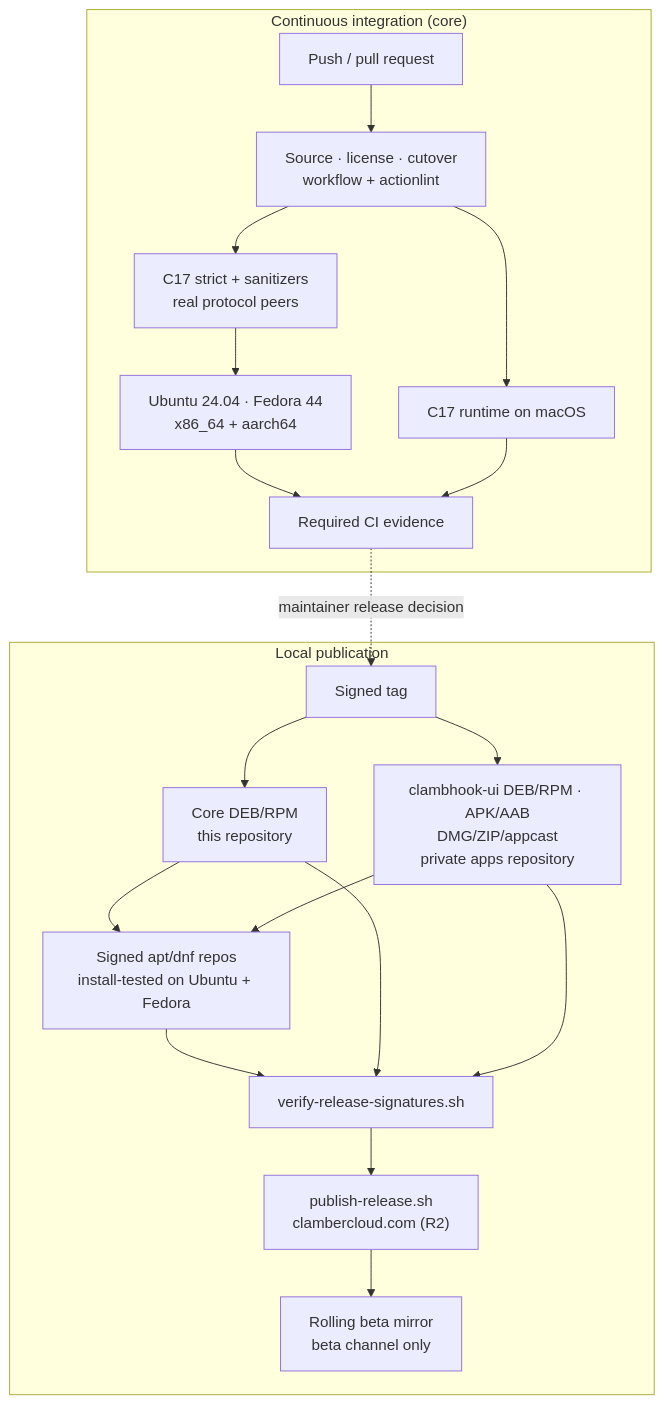
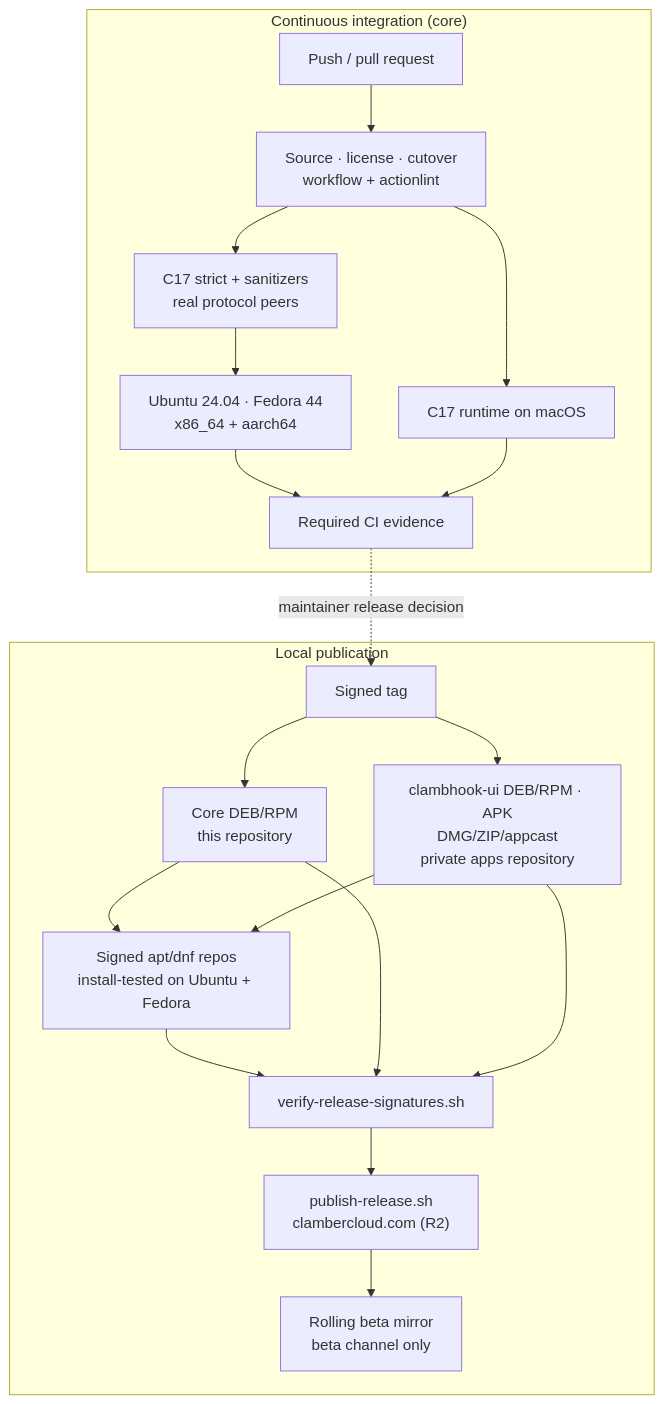
The diagram in docs/github-cicd.md (JohnThre/clambhook), drawn with Mermaid before and after one commit. The commit also changed other lines of this file and 8 other files, not shown here.

````diff
--- a/docs/github-cicd.md
+++ b/docs/github-cicd.md
@@ -66,25 +66,25 @@
 ```mermaid
 flowchart TB
     subgraph ci["Continuous integration (core)"]
         push["Push / pull request"] --> policy["Source · license · cutover<br/>workflow + actionlint"]
         policy --> c["C17 strict + sanitizers<br/>real protocol peers"]
         policy --> mac["C17 runtime on macOS"]
         c --> distro["Ubuntu 24.04 · Fedora 44<br/>x86_64 + aarch64"]
         distro --> checks["Required CI evidence"]
         mac --> checks
     end
 
     subgraph publication["Local publication"]
         tag["Signed tag"] --> core["Core DEB/RPM<br/>this repository"]
-        tag --> apps["clambhook-ui DEB/RPM · APK/AAB<br/>DMG/ZIP/appcast<br/>private apps repository"]
+        tag --> apps["clambhook-ui DEB/RPM · APK<br/>DMG/ZIP/appcast<br/>private apps repository"]
         core --> repo["Signed apt/dnf repos<br/>install-tested on Ubuntu + Fedora"]
         apps --> repo
         repo --> verify["verify-release-signatures.sh"]
         core --> verify
         apps --> verify
         verify --> publish["publish-release.sh<br/>clambercloud.com (R2)"]
         publish --> beta["Rolling beta mirror<br/>beta channel only"]
     end
 
     checks -. maintainer release decision .-> tag
 ```
````
